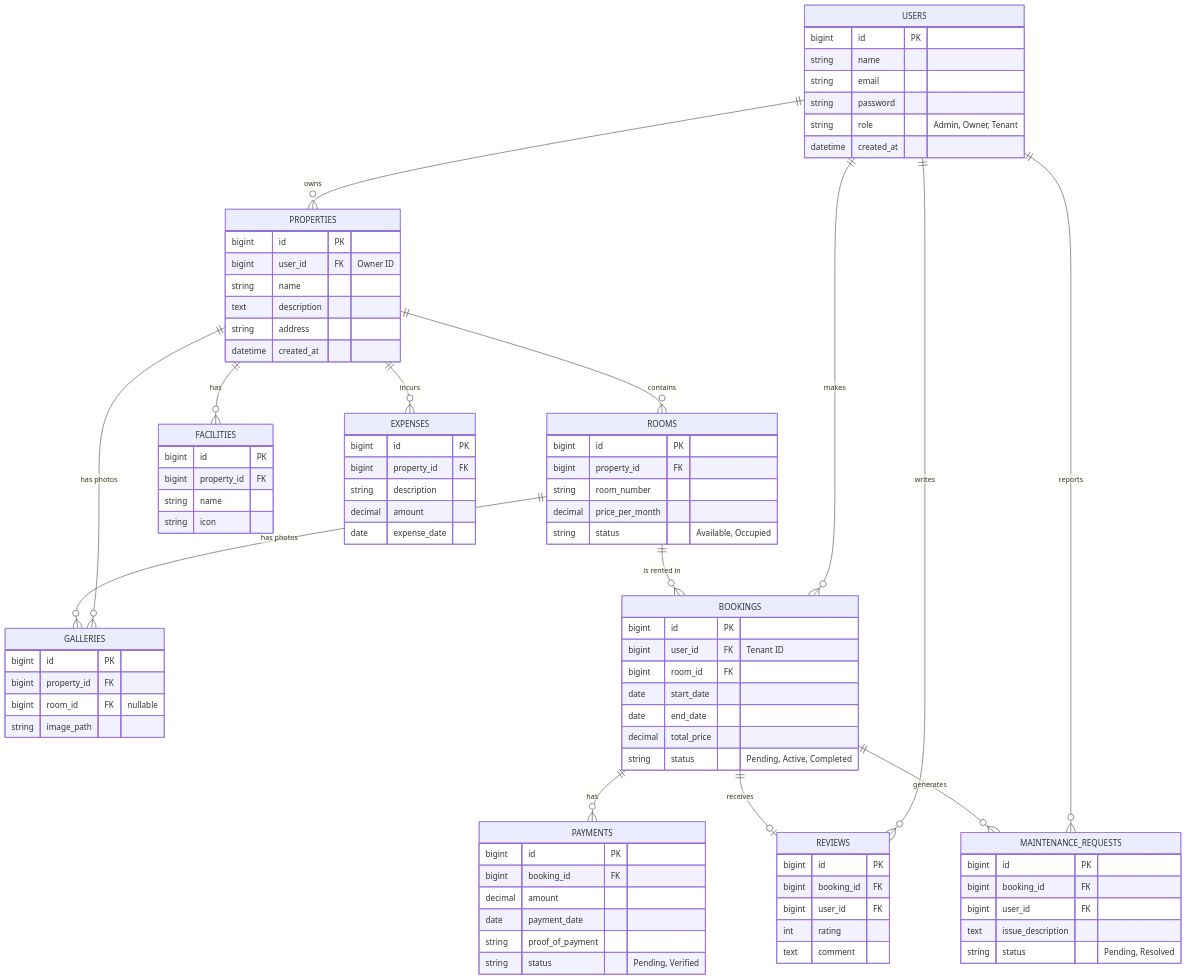
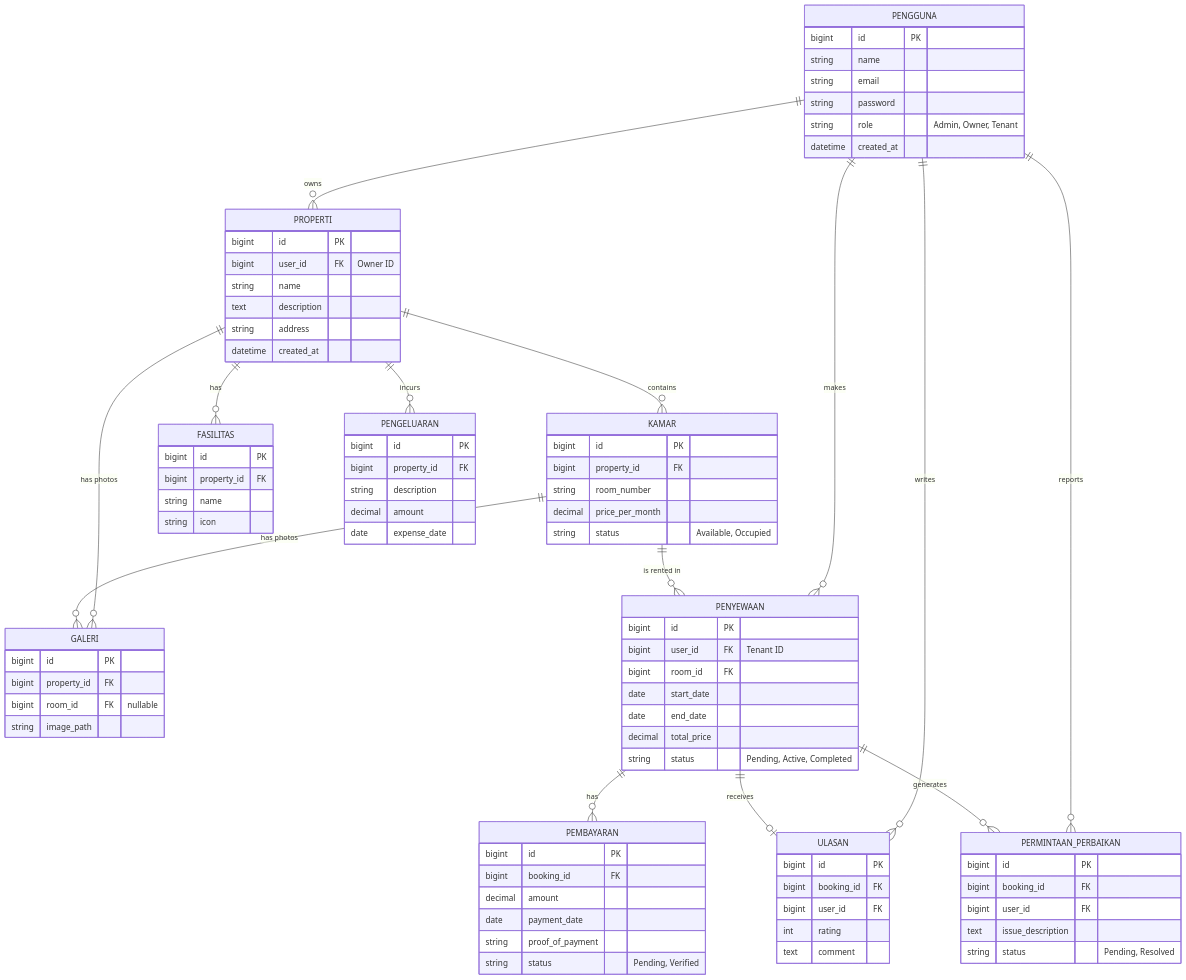
Before and after one commit to asdarrosmawati-maker/sistem_sewa_properti-kos-kosan: the diagram in PRD.md, drawn with Mermaid. The commit also changed 16 other files, not shown here.

````diff
--- a/PRD.md
+++ b/PRD.md
@@ -103,6 +103,6 @@
 ```mermaid
 erDiagram
-    USERS {
+    PENGGUNA {
         bigint id PK
         string name
         string email
@@ -111,7 +111,7 @@
         datetime created_at
     }
     
-    PROPERTIES {
+    PROPERTI {
         bigint id PK
         bigint user_id FK "Owner ID"
         string name
@@ -120,7 +120,7 @@
         datetime created_at
     }
     
-    ROOMS {
+    KAMAR {
         bigint id PK
         bigint property_id FK
         string room_number
@@ -128,21 +128,21 @@
         string status "Available, Occupied"
     }
     
-    FACILITIES {
+    FASILITAS {
         bigint id PK
         bigint property_id FK
         string name
         string icon
     }
     
-    GALLERIES {
+    GALERI {
         bigint id PK
         bigint property_id FK
         bigint room_id FK "nullable"
         string image_path
     }
     
-    EXPENSES {
+    PENGELUARAN {
         bigint id PK
         bigint property_id FK
         string description
@@ -150,7 +150,7 @@
         date expense_date
     }
     
-    BOOKINGS {
+    PENYEWAAN {
         bigint id PK
         bigint user_id FK "Tenant ID"
         bigint room_id FK
@@ -160,7 +160,7 @@
         string status "Pending, Active, Completed"
     }
     
-    PAYMENTS {
+    PEMBAYARAN {
         bigint id PK
         bigint booking_id FK
         decimal amount
@@ -169,7 +169,7 @@
         string status "Pending, Verified"
     }
     
-    REVIEWS {
+    ULASAN {
         bigint id PK
         bigint booking_id FK
         bigint user_id FK
@@ -177,7 +177,7 @@
         text comment
     }
     
-    MAINTENANCE_REQUESTS {
+    PERMINTAAN_PERBAIKAN {
         bigint id PK
         bigint booking_id FK
         bigint user_id FK
@@ -186,20 +186,20 @@
     }
 
     %% Relasi (Relationships)
-    USERS ||--o{ PROPERTIES : "owns"
-    USERS ||--o{ BOOKINGS : "makes"
-    USERS ||--o{ REVIEWS : "writes"
-    USERS ||--o{ MAINTENANCE_REQUESTS : "reports"
+    PENGGUNA ||--o{ PROPERTI : "owns"
+    PENGGUNA ||--o{ PENYEWAAN : "makes"
+    PENGGUNA ||--o{ ULASAN : "writes"
+    PENGGUNA ||--o{ PERMINTAAN_PERBAIKAN : "reports"
     
-    PROPERTIES ||--o{ ROOMS : "contains"
-    PROPERTIES ||--o{ FACILITIES : "has"
-    PROPERTIES ||--o{ GALLERIES : "has photos"
-    PROPERTIES ||--o{ EXPENSES : "incurs"
+    PROPERTI ||--o{ KAMAR : "contains"
+    PROPERTI ||--o{ FASILITAS : "has"
+    PROPERTI ||--o{ GALERI : "has photos"
+    PROPERTI ||--o{ PENGELUARAN : "incurs"
     
-    ROOMS ||--o{ BOOKINGS : "is rented in"
-    ROOMS ||--o{ GALLERIES : "has photos"
+    KAMAR ||--o{ PENYEWAAN : "is rented in"
+    KAMAR ||--o{ GALERI : "has photos"
     
-    BOOKINGS ||--o{ PAYMENTS : "has"
-    BOOKINGS ||--o| REVIEWS : "receives"
-    BOOKINGS ||--o{ MAINTENANCE_REQUESTS : "generates"
+    PENYEWAAN ||--o{ PEMBAYARAN : "has"
+    PENYEWAAN ||--o| ULASAN : "receives"
+    PENYEWAAN ||--o{ PERMINTAAN_PERBAIKAN : "generates"
 ```
````
